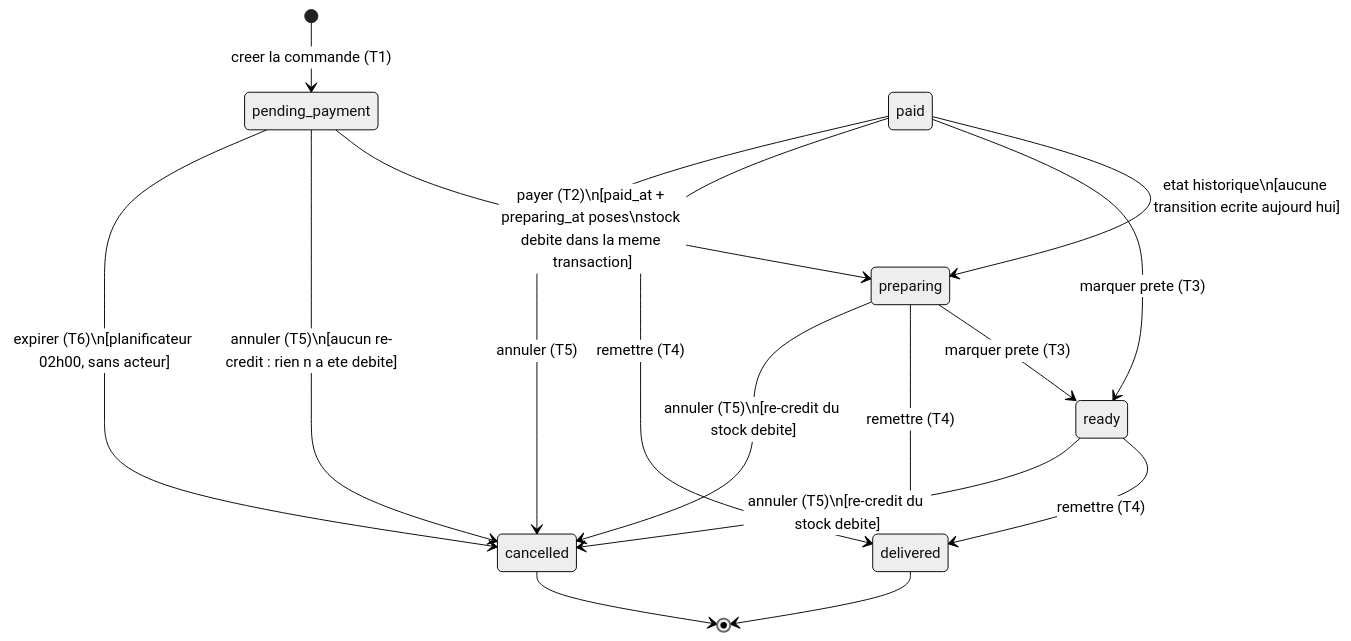
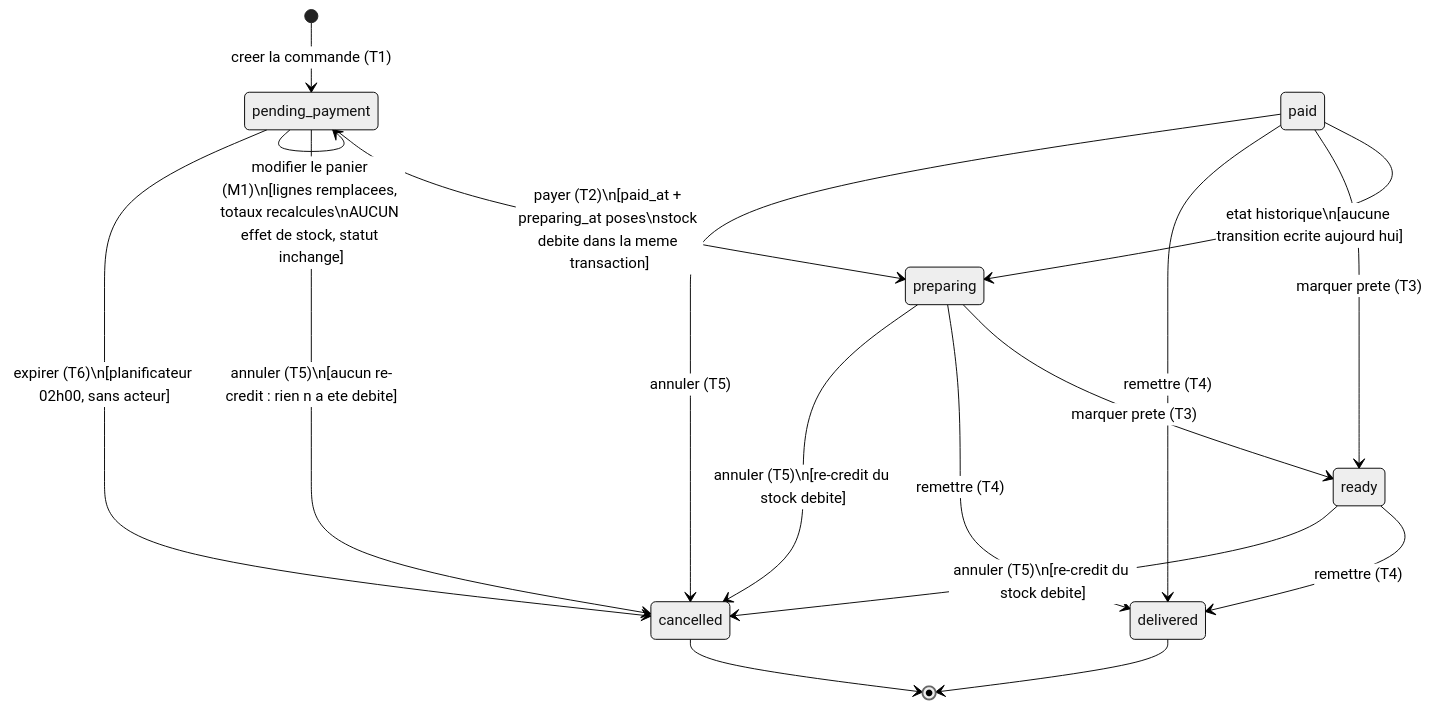
Before and after one commit to AcadeNice/wakdo_corentin: the diagram in docs/uml/state-commande.md, drawn with Mermaid (neutral theme). The commit also changed other lines of this file and 14 other files, not shown here.

````diff
--- a/docs/uml/state-commande.md
+++ b/docs/uml/state-commande.md
@@ -62,23 +62,24 @@
 ```mermaid
 stateDiagram-v2
     [*] --> pending_payment : creer la commande (T1)
 
+    pending_payment --> pending_payment : modifier le panier (M1)\n[lignes remplacees, totaux recalcules\nAUCUN effet de stock, statut inchange]
     pending_payment --> preparing : payer (T2)\n[paid_at + preparing_at poses\nstock debite dans la meme transaction]
     pending_payment --> cancelled : annuler (T5)\n[aucun re-credit : rien n a ete debite]
     pending_payment --> cancelled : expirer (T6)\n[planificateur 02h00, sans acteur]
 
     paid --> preparing : etat historique\n[aucune transition ecrite aujourd hui]
     paid --> ready : marquer prete (T3)
     paid --> delivered : remettre (T4)
     paid --> cancelled : annuler (T5)
 
     preparing --> ready : marquer prete (T3)
     preparing --> delivered : remettre (T4)
     preparing --> cancelled : annuler (T5)\n[re-credit du stock debite]
 
     ready --> delivered : remettre (T4)
     ready --> cancelled : annuler (T5)\n[re-credit du stock debite]
 
     delivered --> [*]
     cancelled --> [*]
 ```
````
